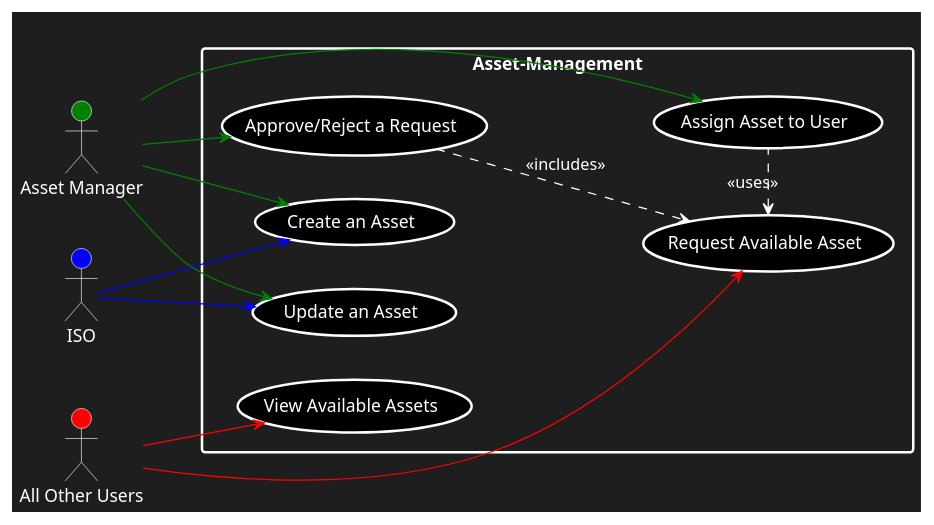
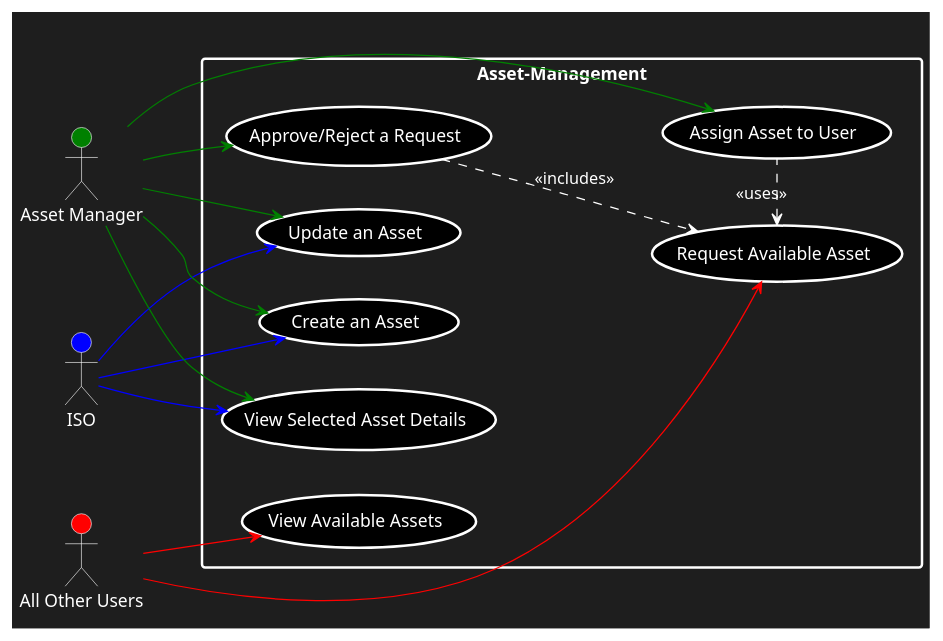
Before and after one commit to COS301-SE-2023/InfoSafe: the diagram in Documentation/Diagrams/Asset-Management.puml, drawn with PlantUML. The commit also changed 2 other files, not shown here.

Commit message:
Updated Usecase Diagrams

```diff
--- a/Documentation/Diagrams/Asset-Management.puml
+++ b/Documentation/Diagrams/Asset-Management.puml
@@ -1,25 +1,28 @@
 @startuml
 skinparam backgroundColor #1e1e1e
 left to right direction
 actor "Asset Manager" as am #green;text:white;line:white
 actor "ISO" as iso #blue;text:white;line:white
 actor "All Other Users" as user #red;text:white;line:white
 rectangle Asset-Management #text:white;line.bold;line:white {
   usecase "Create an Asset" as UC1 #black;text:white;line.bold;line:white
   usecase "Update an Asset" as UC2 #black;text:white;line.bold;line:white
   usecase "Assign Asset to User" as UC3 #black;text:white;line.bold;line:white
   usecase "View Available Assets" as UC4 #black;text:white;line.bold;line:white
   usecase "Request Available Asset" as UC5 #black;text:white;line.bold;line:white
   usecase "Approve/Reject a Request" as UC6 #black;text:white;line.bold;line:white
+  usecase "View Selected Asset Details" as UC7 #black;text:white;line.bold;line:white
 }
 iso -[#blue]-> UC1
 iso -[#blue]-> UC2
+iso -[#blue]-> UC7
 am -[#green]-> UC1
 am -[#green]-> UC2
 am -[#green]-> UC3
 am -[#green]-> UC6
+am -[#green]-> UC7
 user -[#red]-> UC4
 user -[#red]-> UC5
 UC5 <. (UC3) #line:white;text:white : <<uses>>
 UC6 ..> (UC5) #line:white;text:white : <<includes>>
 @enduml
```
